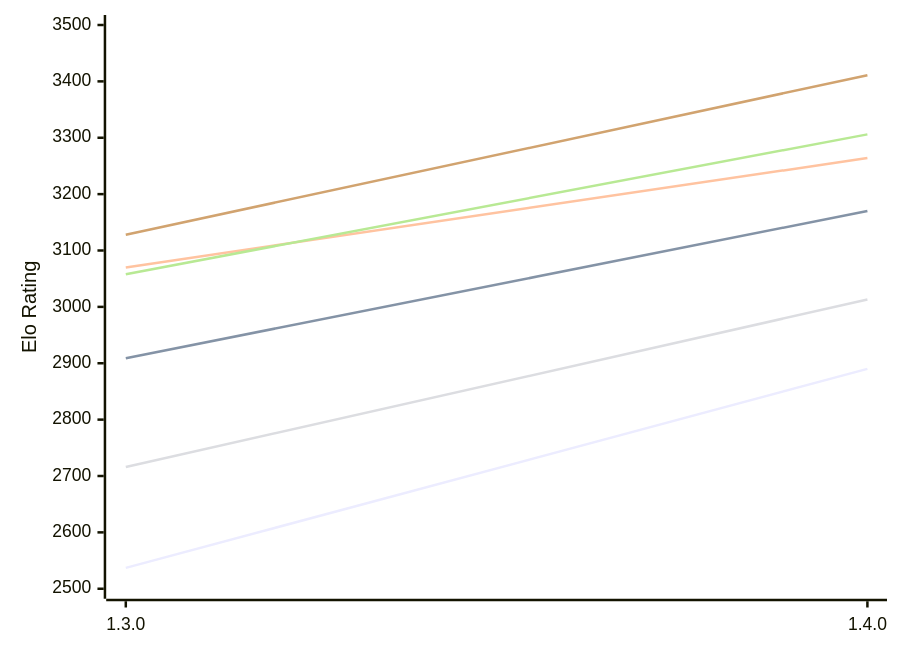
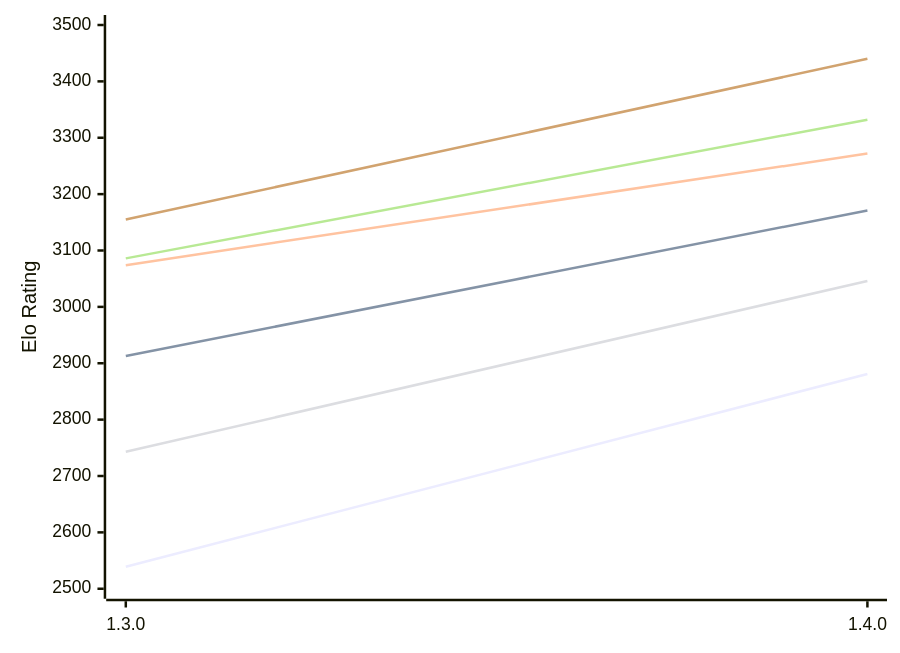
The first of 2 diagrams in engines/Ember.md (computer-chess-index/cci), drawn with Mermaid before and after one commit. The commit also changed other lines of this file, not shown here.

Commit message:
Update CCI Ratings (ELO VLTC) - 2026-10-21

````diff
--- a/engines/Ember.md
+++ b/engines/Ember.md
@@ -51,12 +51,12 @@
 ```mermaid
 %%{init: {"theme":"base","themeVariables":{"seriesColors:['#a3a3a3','#222221','#faa371']}}}%%
 xychart-beta
   x-axis ["1.3.0", "1.4.0"]
   y-axis "Elo Rating" 2500 --> 3500
-  line "E1: STC (8.0+0.08s)" [2537, 2890]
-  line "E1: LTC (60.0+0.60s)" [2909, 3170]
-  line "E1: VLTC (2m24s+1.12s)" [3070, 3264]
-  line "P1: STC (8.0+0.08s)" [2716, 3013]
-  line "P1: LTC (60.0+0.60s)" [3058, 3306]
-  line "P1: VLTC (2m24s+1.12s)" [3128, 3411]
+  line "E1: STC (8.0+0.08s)" [2539, 2881]
+  line "E1: LTC (60.0+0.60s)" [2913, 3171]
+  line "E1: VLTC (2m24s+1.12s)" [3074, 3272]
+  line "P1: STC (8.0+0.08s)" [2743, 3046]
+  line "P1: LTC (60.0+0.60s)" [3086, 3332]
+  line "P1: VLTC (2m24s+1.12s)" [3155, 3440]
 ```
````
